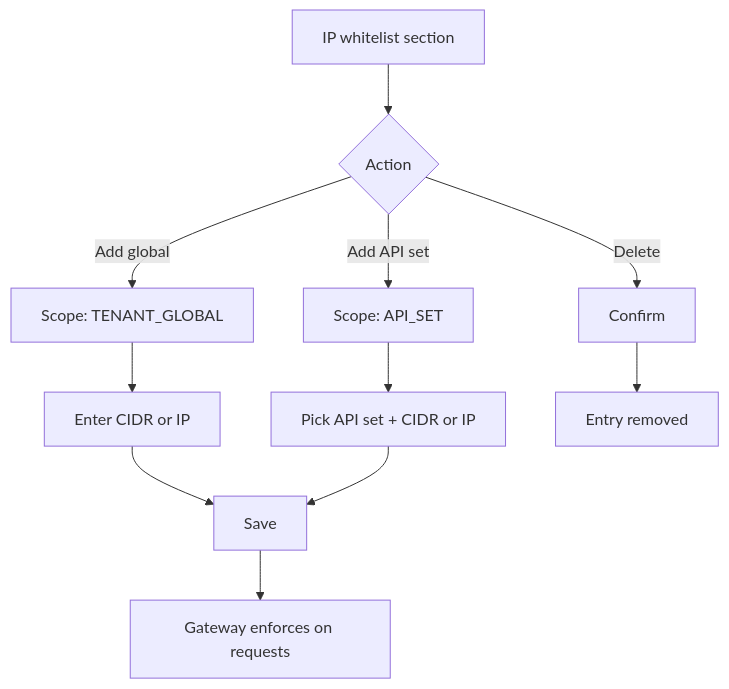
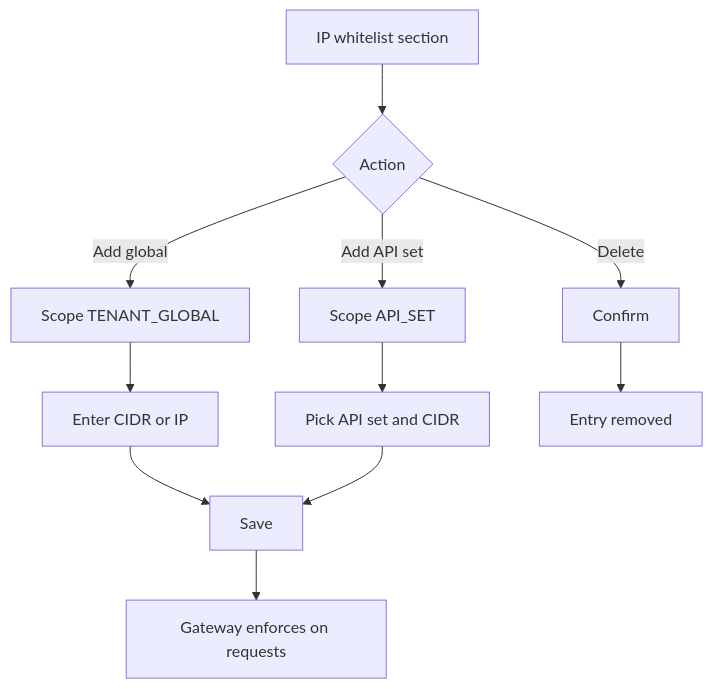
Before and after one commit to hr-sargazi/temp-md-server: diagram 15 of 17 in USER_JOURNEY.md, drawn with Mermaid. The commit also changed other lines of this file, not shown here.

````diff
--- a/USER_JOURNEY.md
+++ b/USER_JOURNEY.md
@@ -458,13 +460,13 @@
 ```mermaid
 flowchart TD
-  A[IP whitelist section] --> B{Action}
-  B -->|Add global| C[Scope: TENANT_GLOBAL]
-  C --> D[Enter CIDR or IP]
+  A["IP whitelist section"] --> B{Action}
+  B -->|Add global| C["Scope TENANT_GLOBAL"]
+  C --> D["Enter CIDR or IP"]
   D --> E[Save]
-  B -->|Add API set| F[Scope: API_SET]
-  F --> G[Pick API set + CIDR or IP]
+  B -->|Add API set| F["Scope API_SET"]
+  F --> G["Pick API set and CIDR"]
   G --> E
   B -->|Delete| H[Confirm]
-  H --> I[Entry removed]
-  E --> J[Gateway enforces on requests]
+  H --> I["Entry removed"]
+  E --> J["Gateway enforces on requests"]
 ```
````
